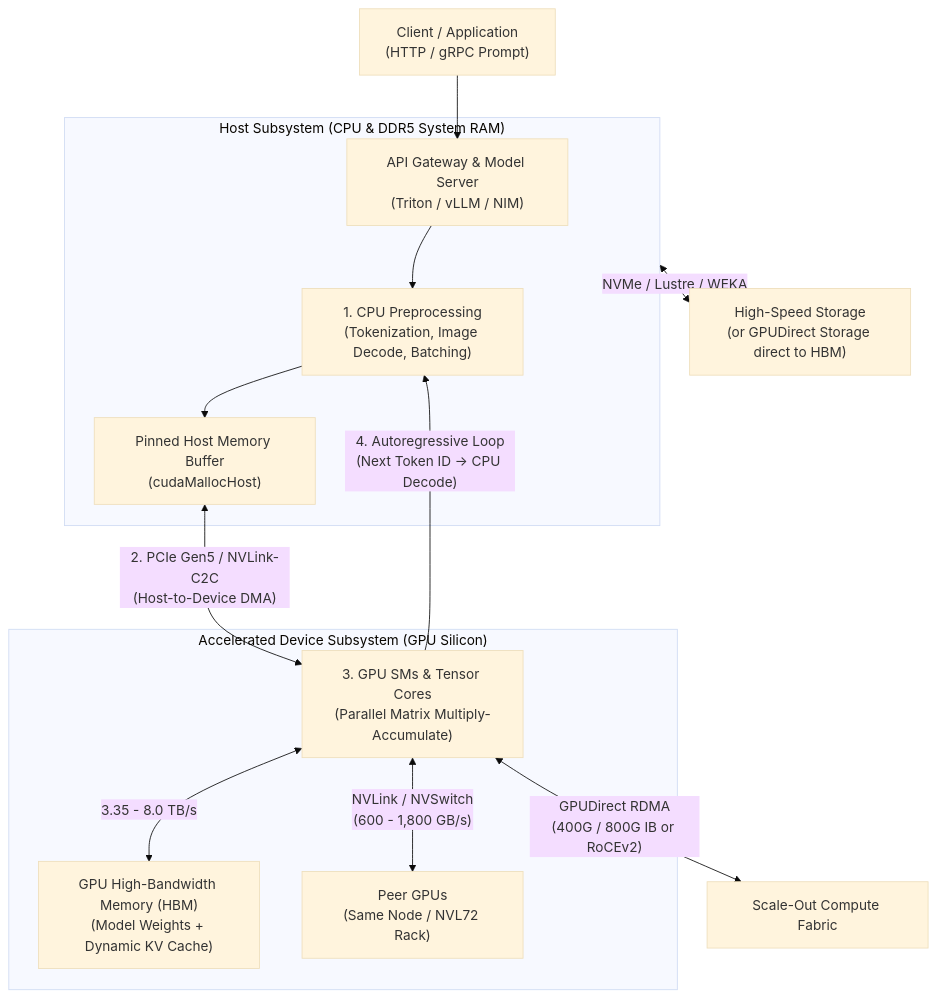
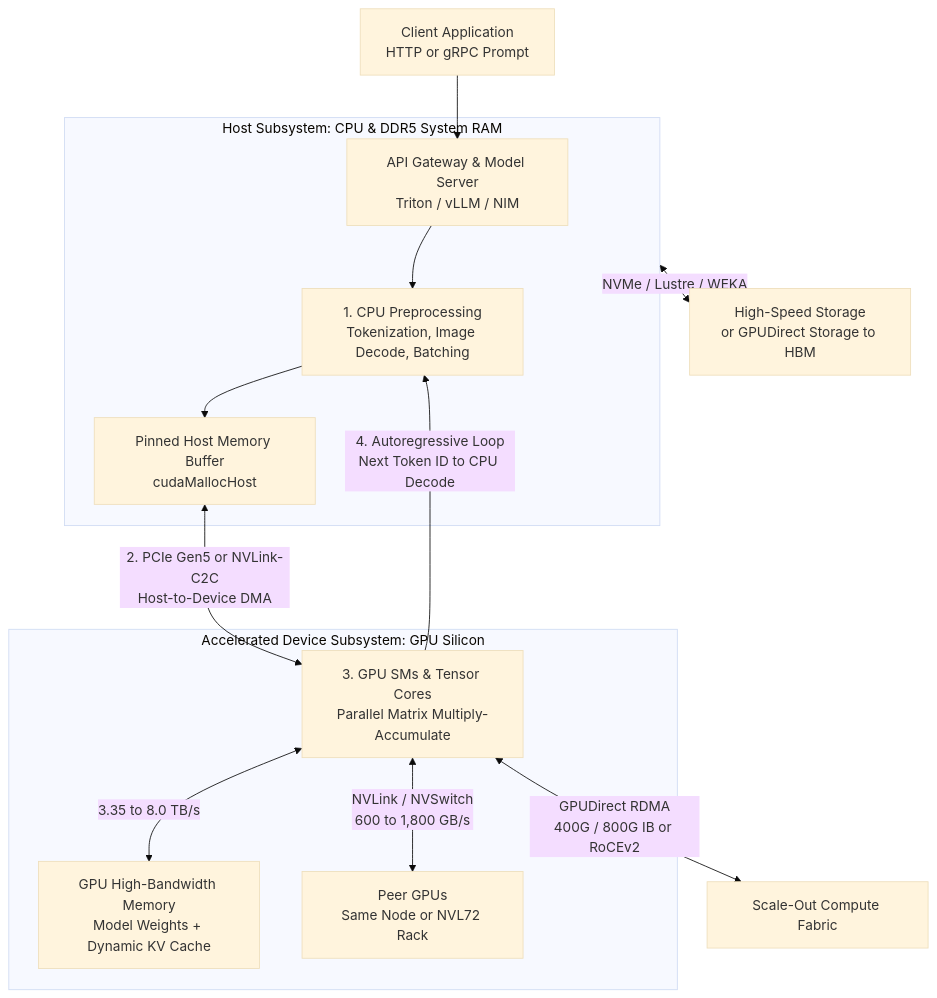
Before and after one commit to jithinpnjm/ai-infra-handbook: the first of 7 diagrams in docs/part-10-gpu-cuda/01-why-gpus-cpu-versus-gpu-and-throughput-design.md, drawn with Mermaid (base theme). The commit also changed other lines of this file and 503 other files, not shown here.

````diff
--- a/docs/part-10-gpu-cuda/01-why-gpus-cpu-versus-gpu-and-throughput-design.md
+++ b/docs/part-10-gpu-cuda/01-why-gpus-cpu-versus-gpu-and-throughput-design.md
@@ -72,16 +91,16 @@
 ```mermaid
 flowchart TB
-    Client["Client / Application<br/>(HTTP / gRPC Prompt)"] --> GW["API Gateway & Model Server<br/>(Triton / vLLM / NIM)"]
-    subgraph Host["Host Subsystem (CPU & DDR5 System RAM)"]
-        GW --> Tok["1. CPU Preprocessing<br/>(Tokenization, Image Decode, Batching)"]
-        Tok --> Pin["Pinned Host Memory Buffer<br/>(cudaMallocHost)"]
+    Client["Client Application<br/>HTTP or gRPC Prompt"] --> GW["API Gateway & Model Server<br/>Triton / vLLM / NIM"]
+    subgraph Host["Host Subsystem: CPU & DDR5 System RAM"]
+        GW --> Tok["1. CPU Preprocessing<br/>Tokenization, Image Decode, Batching"]
+        Tok --> Pin["Pinned Host Memory Buffer<br/>cudaMallocHost"]
     end
-    Pin <-->|"2. PCIe Gen5 / NVLink-C2C<br/>(Host-to-Device DMA)"| DevGPU
-    subgraph Device["Accelerated Device Subsystem (GPU Silicon)"]
-        DevGPU["3. GPU SMs & Tensor Cores<br/>(Parallel Matrix Multiply-Accumulate)"] <-->|"3.35 - 8.0 TB/s"| HBM["GPU High-Bandwidth Memory (HBM)<br/>(Model Weights + Dynamic KV Cache)"]
-        DevGPU <-->|"NVLink / NVSwitch<br/>(600 - 1,800 GB/s)"| Peer["Peer GPUs<br/>(Same Node / NVL72 Rack)"]
+    Pin <-->|"2. PCIe Gen5 or NVLink-C2C<br/>Host-to-Device DMA"| DevGPU
+    subgraph Device["Accelerated Device Subsystem: GPU Silicon"]
+        DevGPU["3. GPU SMs & Tensor Cores<br/>Parallel Matrix Multiply-Accumulate"] <-->|"3.35 to 8.0 TB/s"| HBM["GPU High-Bandwidth Memory<br/>Model Weights + Dynamic KV Cache"]
+        DevGPU <-->|"NVLink / NVSwitch<br/>600 to 1,800 GB/s"| Peer["Peer GPUs<br/>Same Node or NVL72 Rack"]
     end
-    Host <-->|"NVMe / Lustre / WEKA"| Sto["High-Speed Storage<br/>(or GPUDirect Storage direct to HBM)"]
-    DevGPU <-->|"GPUDirect RDMA<br/>(400G / 800G IB or RoCEv2)"| Fab["Scale-Out Compute Fabric"]
-    DevGPU -->|"4. Autoregressive Loop<br/>(Next Token ID -> CPU Decode)"| Tok
+    Host <-->|"NVMe / Lustre / WEKA"| Sto["High-Speed Storage<br/>or GPUDirect Storage to HBM"]
+    DevGPU <-->|"GPUDirect RDMA<br/>400G / 800G IB or RoCEv2"| Fab["Scale-Out Compute Fabric"]
+    DevGPU -->|"4. Autoregressive Loop<br/>Next Token ID to CPU Decode"| Tok
 ```
````
